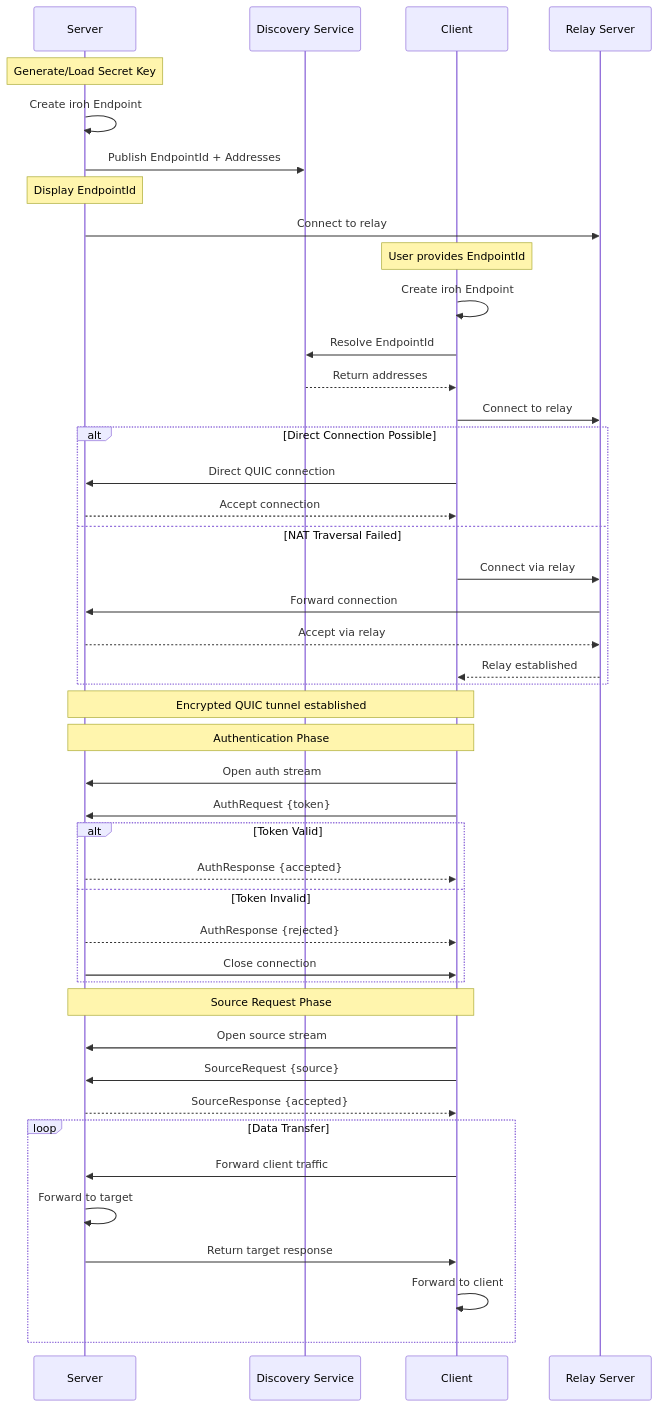
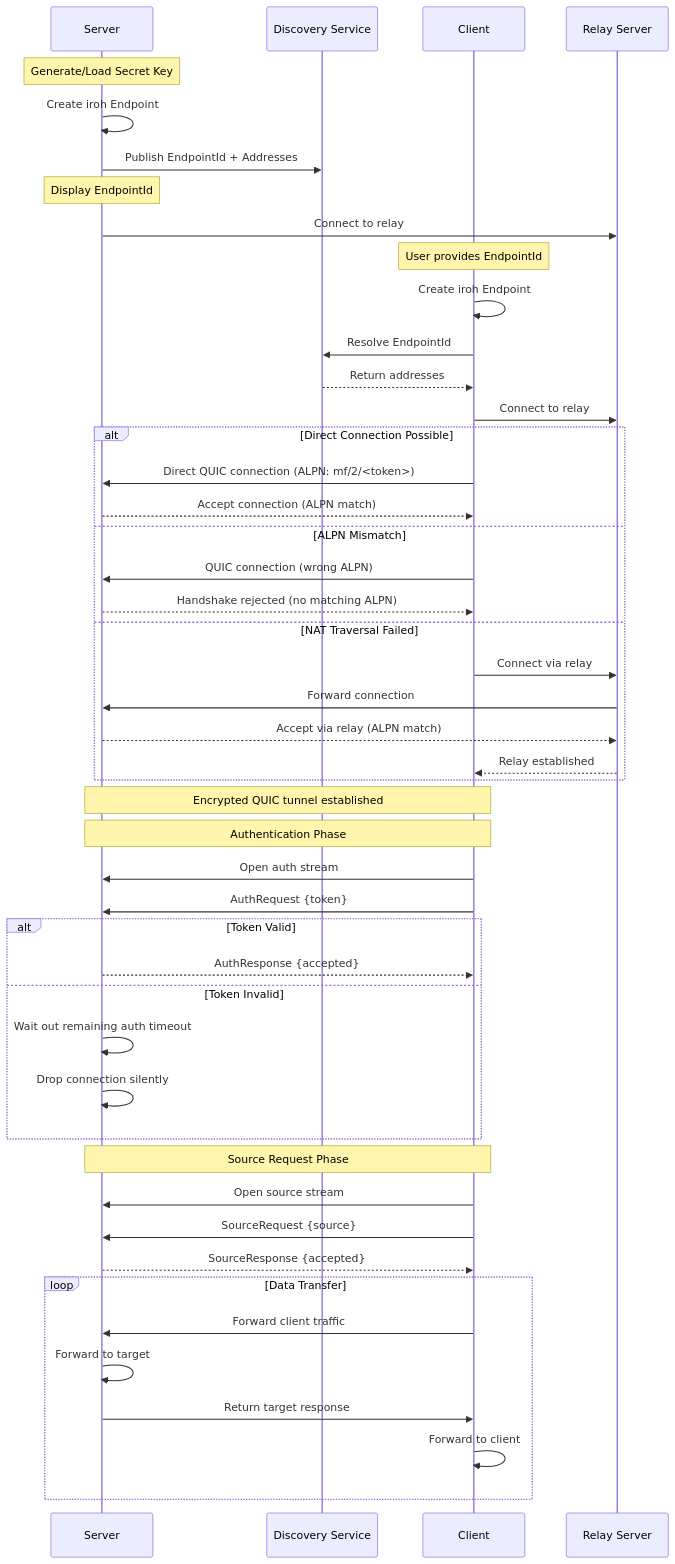
One commit to andrewtheguy/tunnel-rs changed the sixth of 23 diagrams in docs/ARCHITECTURE.md. Above: the diagram before and after it, drawn with Mermaid. The commit also changed other lines of this file and 4 other files, not shown here.

Commit message:
feat: add ALPN token support for server and client authentication in README, Docker, Kubernetes, and self-hosting documentation

````diff
--- a/docs/ARCHITECTURE.md
+++ b/docs/ARCHITECTURE.md
@@ -252,53 +252,56 @@
 ```mermaid
 sequenceDiagram
     participant S as Server
     participant SD as Discovery Service
     participant C as Client
     participant RS as Relay Server
 
     Note over S: Generate/Load Secret Key
     S->>S: Create iroh Endpoint
     S->>SD: Publish EndpointId + Addresses
     Note over S: Display EndpointId
     S->>RS: Connect to relay
 
     Note over C: User provides EndpointId
     C->>C: Create iroh Endpoint
     C->>SD: Resolve EndpointId
     SD-->>C: Return addresses
     C->>RS: Connect to relay
 
     alt Direct Connection Possible
-        C->>S: Direct QUIC connection
-        S-->>C: Accept connection
+        C->>S: Direct QUIC connection (ALPN: mf/2/<token>)
+        S-->>C: Accept connection (ALPN match)
+    else ALPN Mismatch
+        C->>S: QUIC connection (wrong ALPN)
+        S-->>C: Handshake rejected (no matching ALPN)
     else NAT Traversal Failed
         C->>RS: Connect via relay
         RS->>S: Forward connection
-        S-->>RS: Accept via relay
+        S-->>RS: Accept via relay (ALPN match)
         RS-->>C: Relay established
     end
 
     Note over S,C: Encrypted QUIC tunnel established
 
     Note over C,S: Authentication Phase
     C->>S: Open auth stream
     C->>S: AuthRequest {token}
     alt Token Valid
         S-->>C: AuthResponse {accepted}
     else Token Invalid
-        S-->>C: AuthResponse {rejected}
-        S->>C: Close connection
+        S->>S: Wait out remaining auth timeout
+        S->>S: Drop connection silently
     end
 
     Note over C,S: Source Request Phase
     C->>S: Open source stream
     C->>S: SourceRequest {source}
     S-->>C: SourceResponse {accepted}
 
     loop Data Transfer
         C->>S: Forward client traffic
         S->>S: Forward to target
         S->>C: Return target response
         C->>C: Forward to client
     end
 ```
````
